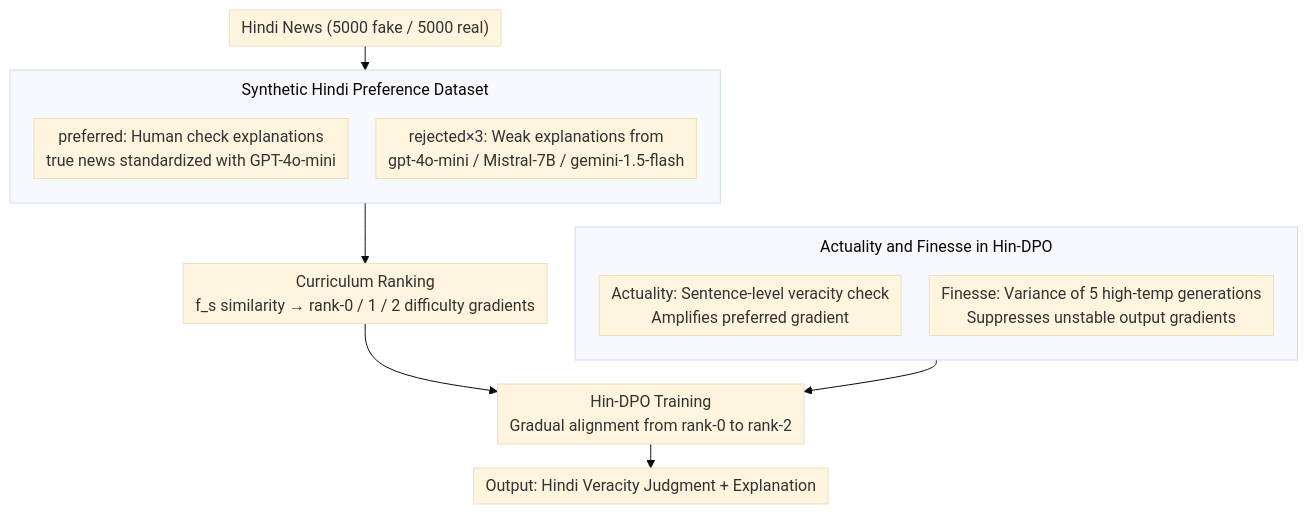
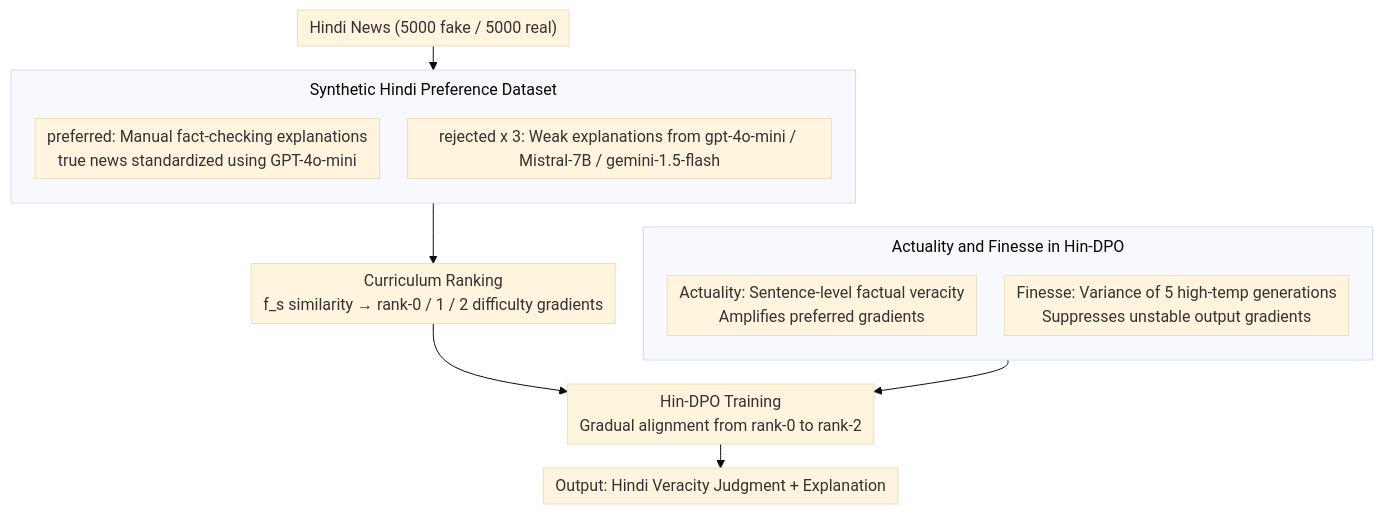
The diagram in docs/ACL2026/multilingual_mt/from_fragments_to_facts_a_curriculum-driven_dpo_approach_for_generating_hindi_ne.md (zhaoyang97/Paper-Notes-en), drawn with Mermaid (base theme) before and after one commit. The commit also changed other lines of this file and 5084 other files, not shown here.

````diff
--- a/docs/ACL2026/multilingual_mt/from_fragments_to_facts_a_curriculum-driven_dpo_approach_for_generating_hindi_ne.md
+++ b/docs/ACL2026/multilingual_mt/from_fragments_to_facts_a_curriculum-driven_dpo_approach_for_generating_hindi_ne.md
@@ -49,20 +49,20 @@
 ```mermaid
 %%{init: {'flowchart': {'rankSpacing': 24, 'nodeSpacing': 28, 'padding': 6, 'wrappingWidth': 400, 'subGraphTitleMargin': {'top': 8, 'bottom': 16}}}}%%
 flowchart TD
     A["Hindi News (5000 fake / 5000 real)"]
     subgraph DATA["Synthetic Hindi Preference Dataset"]
         direction TB
-        B["preferred: Human check explanations<br/>true news standardized with GPT-4o-mini"]
-        C["rejected×3: Weak explanations from<br/>gpt-4o-mini / Mistral-7B / gemini-1.5-flash"]
+        B["preferred: Manual fact-checking explanations<br/>true news standardized using GPT-4o-mini"]
+        C["rejected x 3: Weak explanations from gpt-4o-mini / Mistral-7B / gemini-1.5-flash"]
     end
     A --> DATA
     DATA --> D["Curriculum Ranking<br/>f_s similarity → rank-0 / 1 / 2 difficulty gradients"]
     D --> E["Hin-DPO Training<br/>Gradual alignment from rank-0 to rank-2"]
     subgraph SIG["Actuality and Finesse in Hin-DPO"]
         direction TB
-        F["Actuality: Sentence-level veracity check<br/>Amplifies preferred gradient"]
+        F["Actuality: Sentence-level factual veracity<br/>Amplifies preferred gradients"]
         G["Finesse: Variance of 5 high-temp generations<br/>Suppresses unstable output gradients"]
     end
     SIG --> E
     E --> H["Output: Hindi Veracity Judgment + Explanation"]
 ```
````
